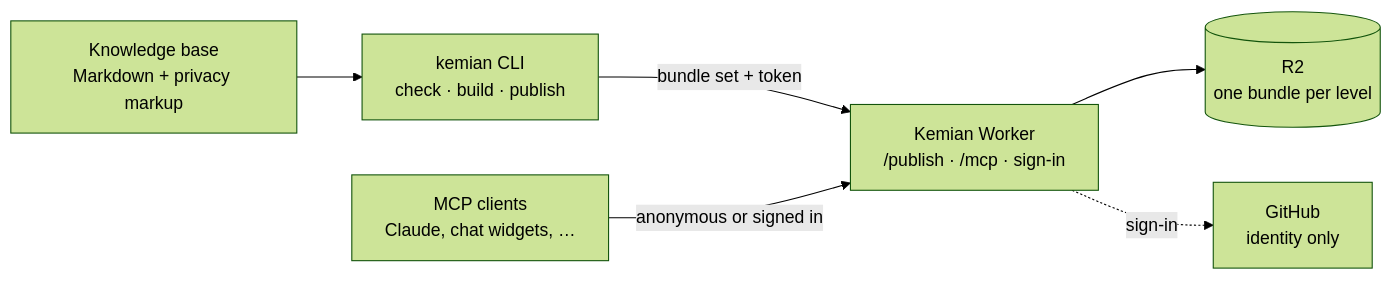
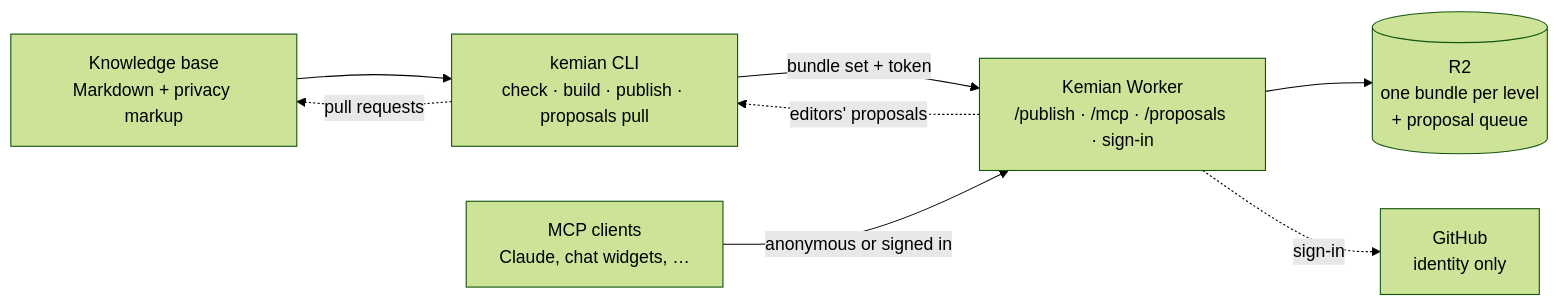
Before and after one commit to C2verse/kemian: the diagram in README.md, drawn with Mermaid (forest theme). The commit also changed other lines of this file and 67 other files, not shown here.

First line of the commit message:
add editing: agents propose changes that land as reviewed pull requests

````diff
--- a/README.md
+++ b/README.md
@@ -11,12 +11,14 @@
 ```mermaid
 flowchart LR
   KB["Knowledge base<br/>Markdown + privacy markup"]
-  CLI["kemian CLI<br/>check · build · publish"]
-  W["Kemian Worker<br/>/publish · /mcp · sign-in"]
-  R2[("R2<br/>one bundle per level")]
+  CLI["kemian CLI<br/>check · build · publish · proposals pull"]
+  W["Kemian Worker<br/>/publish · /mcp · /proposals · sign-in"]
+  R2[("R2<br/>one bundle per level<br/>+ proposal queue")]
   C["MCP clients<br/>Claude, chat widgets, …"]
   GH["GitHub<br/>identity only"]
   KB --> CLI -->|"bundle set + token"| W --> R2
   C -->|"anonymous or signed in"| W
   W -.->|"sign-in"| GH
+  W -.->|"editors' proposals"| CLI
+  CLI -.->|"pull requests"| KB
 ```
````
